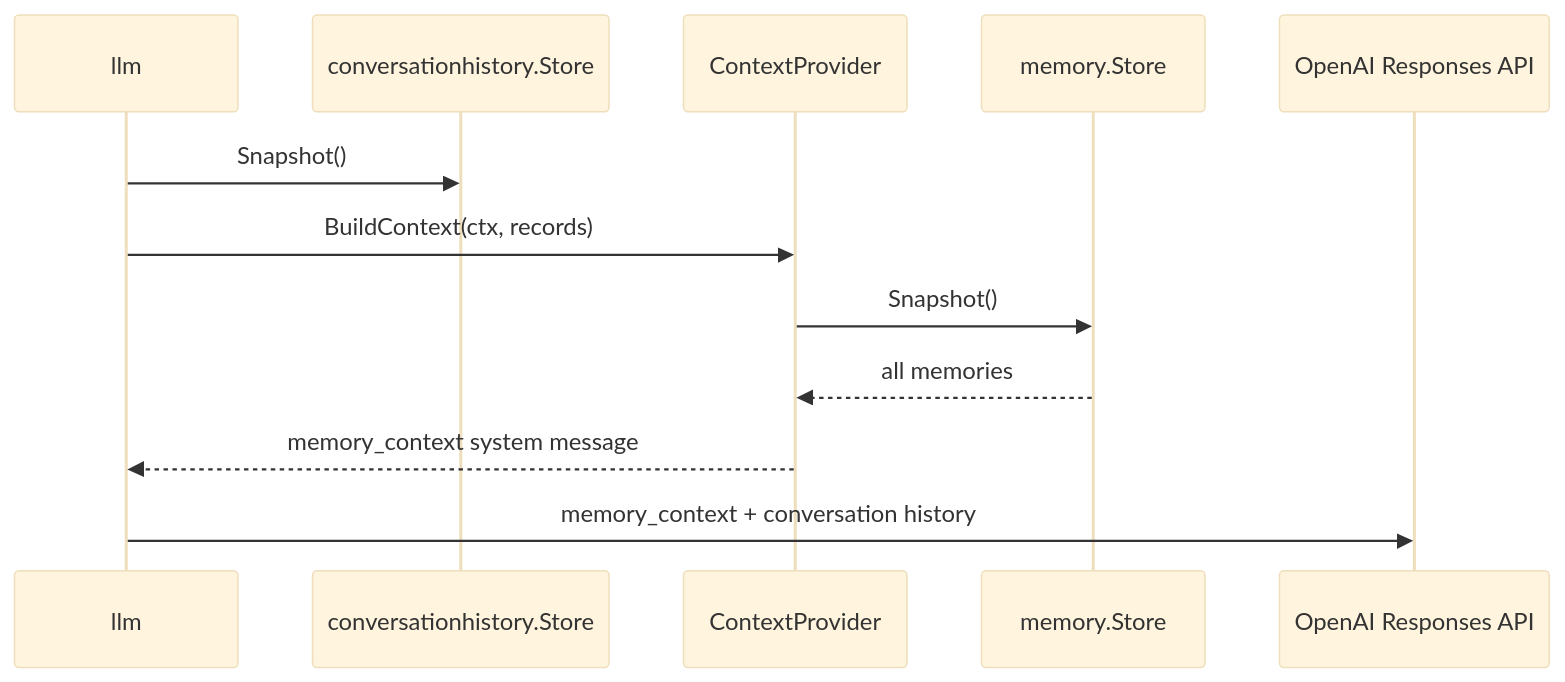
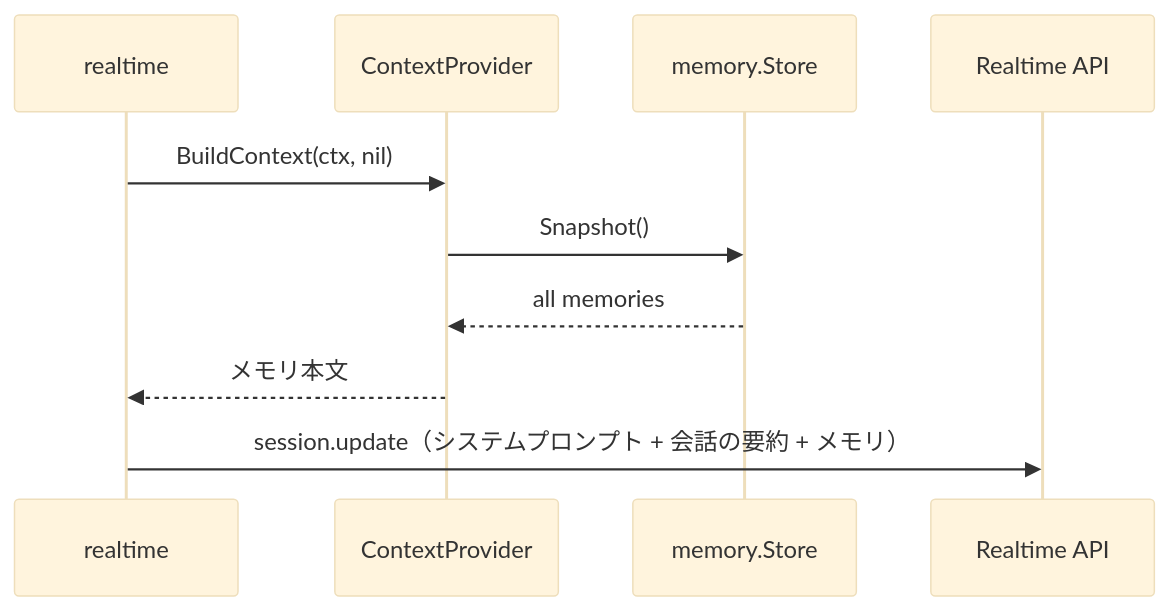
One commit to tetetratra/smart-speaker changed the second of 3 diagrams in docs/hooks/memory.md. Above: the diagram before and after it, drawn with Mermaid (base theme). The commit also changed other lines of this file and 56 other files, not shown here.

````diff
--- a/docs/hooks/memory.md
+++ b/docs/hooks/memory.md
@@ -108,15 +108,13 @@
 ```mermaid
 sequenceDiagram
-    participant LLM as llm
-    participant Hist as conversationhistory.Store
+    participant RT as realtime
     participant Provider as ContextProvider
     participant Store as memory.Store
-    participant OpenAI as OpenAI Responses API
+    participant API as Realtime API
 
-    LLM->>Hist: Snapshot()
-    LLM->>Provider: BuildContext(ctx, records)
+    RT->>Provider: BuildContext(ctx, nil)
     Provider->>Store: Snapshot()
     Store-->>Provider: all memories
-    Provider-->>LLM: memory_context system message
-    LLM->>OpenAI: memory_context + conversation history
+    Provider-->>RT: メモリ本文
+    RT->>API: session.update（システムプロンプト + 会話の要約 + メモリ）
 ```
````
